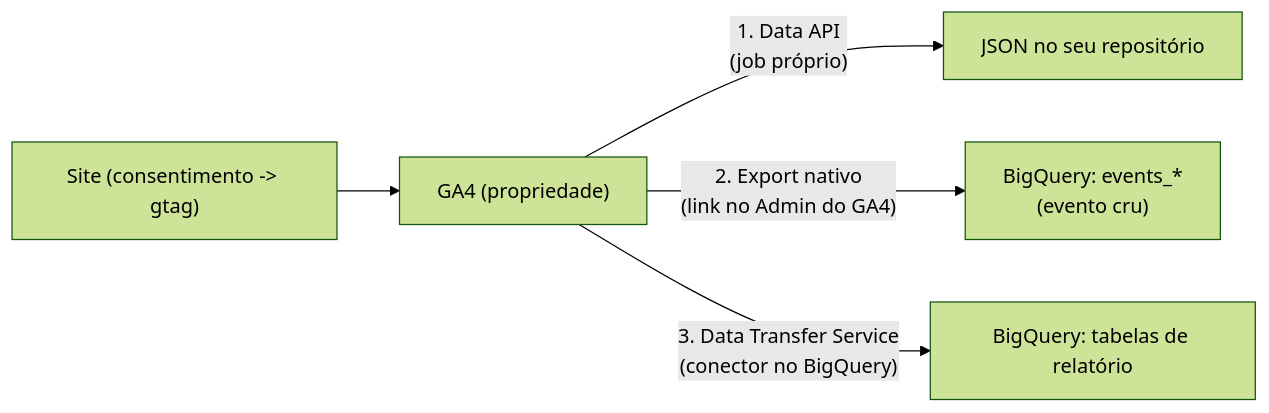
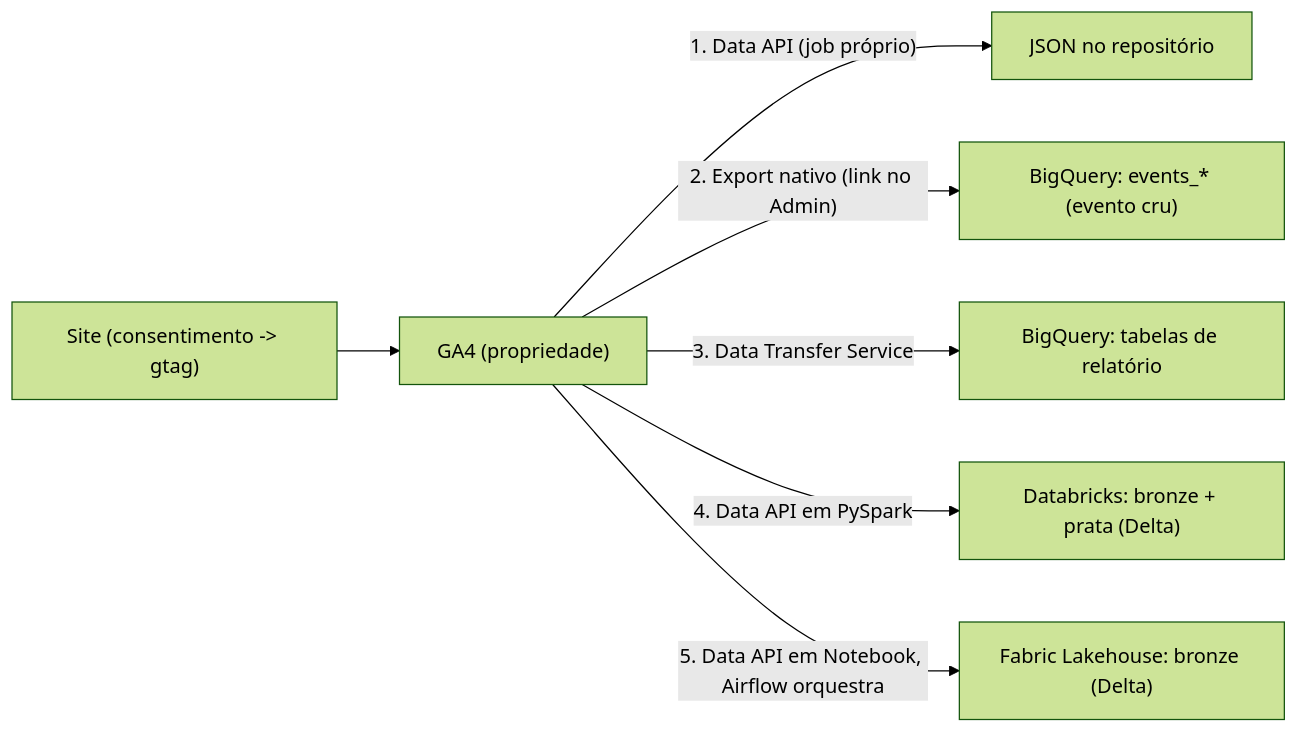
One commit to Lokkoman/cases changed the diagram in ga4-extracao/README.md. Above: the diagram before and after it, drawn with Mermaid (forest theme). The commit also changed other lines of this file and 15 other files, not shown here.

````diff
--- a/ga4-extracao/README.md
+++ b/ga4-extracao/README.md
@@ -18,8 +21,10 @@
 ```mermaid
 flowchart LR
   site["Site (consentimento -> gtag)"] --> ga4["GA4 (propriedade)"]
 
-  ga4 -->|"1. Data API<br/>(job próprio)"| api["JSON no seu repositório"]
-  ga4 -->|"2. Export nativo<br/>(link no Admin do GA4)"| raw["BigQuery: events_*<br/>(evento cru)"]
-  ga4 -->|"3. Data Transfer Service<br/>(conector no BigQuery)"| rep["BigQuery: tabelas de relatório"]
+  ga4 -->|"1. Data API (job próprio)"| api["JSON no repositório"]
+  ga4 -->|"2. Export nativo (link no Admin)"| raw["BigQuery: events_* (evento cru)"]
+  ga4 -->|"3. Data Transfer Service"| rep["BigQuery: tabelas de relatório"]
+  ga4 -->|"4. Data API em PySpark"| dbx["Databricks: bronze + prata (Delta)"]
+  ga4 -->|"5. Data API em Notebook, Airflow orquestra"| fab["Fabric Lakehouse: bronze (Delta)"]
 ```
````
